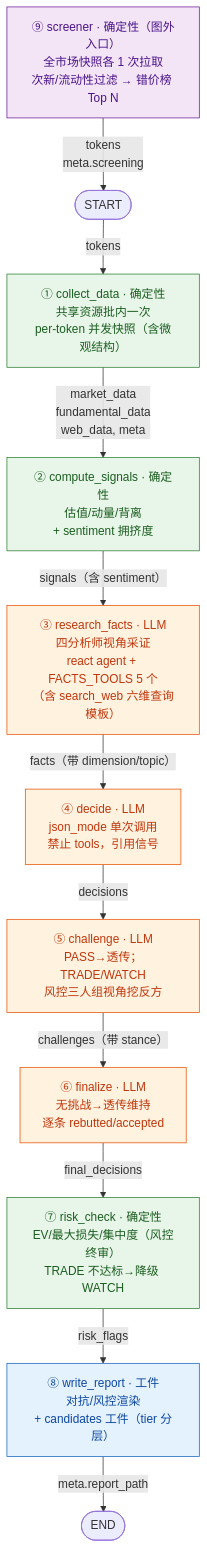
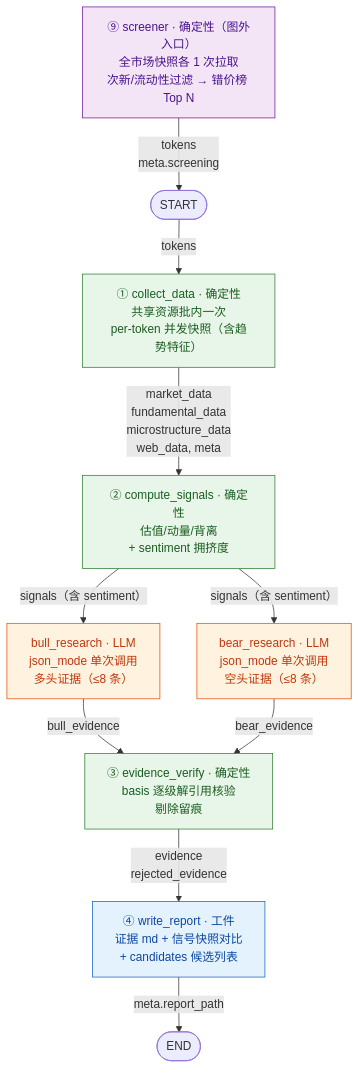
The diagram in AgentArchitecture_Combined.md (whateverdoi/CrossEx), drawn with Mermaid before and after one commit. The commit also changed other lines of this file and 24 other files, not shown here.

Commit message:
05 退役清理与规格回写：旧决策链死代码全量退役（节点/状态/schema/prompt/tools/review）+ 测试改造 + master spec 按 spec 回写（6 节点并行拓扑/证据体系/工件新定义）

````diff
--- a/AgentArchitecture_Combined.md
+++ b/AgentArchitecture_Combined.md
@@ -28,35 +28,32 @@
 ```mermaid
 flowchart TD
     classDef DET fill:#e8f5e9,stroke:#2e7d32,color:#1b5e20;
     classDef LLM fill:#fff3e0,stroke:#e65100,color:#bf360c;
     classDef OUT fill:#e3f2fd,stroke:#1565c0,color:#0d47a1;
     classDef SCR fill:#f3e5f5,stroke:#6a1b9a,color:#4a148c;
 
     SCR["⑨ screener · 确定性（图外入口）<br/>全市场快照各 1 次拉取<br/>次新/流动性过滤 → 错价榜 Top N"]
     START([START])
-    CD["① collect_data · 确定性<br/>共享资源批内一次<br/>per-token 并发快照（含微观结构）"]
+    CD["① collect_data · 确定性<br/>共享资源批内一次<br/>per-token 并发快照（含趋势特征）"]
     CS["② compute_signals · 确定性<br/>估值/动量/背离<br/>+ sentiment 拥挤度"]
-    RF["③ research_facts · LLM<br/>四分析师视角采证<br/>react agent + FACTS_TOOLS 5 个<br/>（含 search_web 六维查询模板）"]
-    DC["④ decide · LLM<br/>json_mode 单次调用<br/>禁止 tools，引用信号"]
-    CH["⑤ challenge · LLM<br/>PASS→透传；TRADE/WATCH<br/>风控三人组视角挖反方"]
-    FN["⑥ finalize · LLM<br/>无挑战→透传维持<br/>逐条 rebutted/accepted"]
-    RK["⑦ risk_check · 确定性<br/>EV/最大损失/集中度（风控终审）<br/>TRADE 不达标→降级 WATCH"]
-    WR["⑧ write_report · 工件<br/>对抗/风控渲染<br/>+ candidates 工件（tier 分层）"]
+    BR["bull_research · LLM<br/>json_mode 单次调用<br/>多头证据（≤8 条）"]
+    BA["bear_research · LLM<br/>json_mode 单次调用<br/>空头证据（≤8 条）"]
+    EV["③ evidence_verify · 确定性<br/>basis 逐级解引用核验<br/>剔除留痕"]
+    WR["④ write_report · 工件<br/>证据 md + 信号快照对比<br/>+ candidates 候选列表"]
     DONE([END])
 
     SCR -->|"tokens<br/>meta.screening"| START
     START -->|"tokens"| CD
-    CD -->|"market_data<br/>fundamental_data<br/>web_data, meta"| CS
-    CS -->|"signals（含 sentiment）"| RF
-    RF -->|"facts（带 dimension/topic）"| DC
-    DC -->|"decisions"| CH
-    CH -->|"challenges（带 stance）"| FN
-    FN -->|"final_decisions"| RK
-    RK -->|"risk_flags"| WR
+    CD -->|"market_data<br/>fundamental_data<br/>microstructure_data<br/>web_data, meta"| CS
+    CS -->|"signals（含 sentiment）"| BR
+    CS -->|"signals（含 sentiment）"| BA
+    BR -->|"bull_evidence"| EV
+    BA -->|"bear_evidence"| EV
+    EV -->|"evidence<br/>rejected_evidence"| WR
     WR -->|"meta.report_path"| DONE
 
-    class CD,CS,RK DET
-    class RF,DC,CH,FN LLM
+    class CD,CS,EV DET
+    class BR,BA LLM
     class WR OUT
     class SCR SCR
 ```
````
